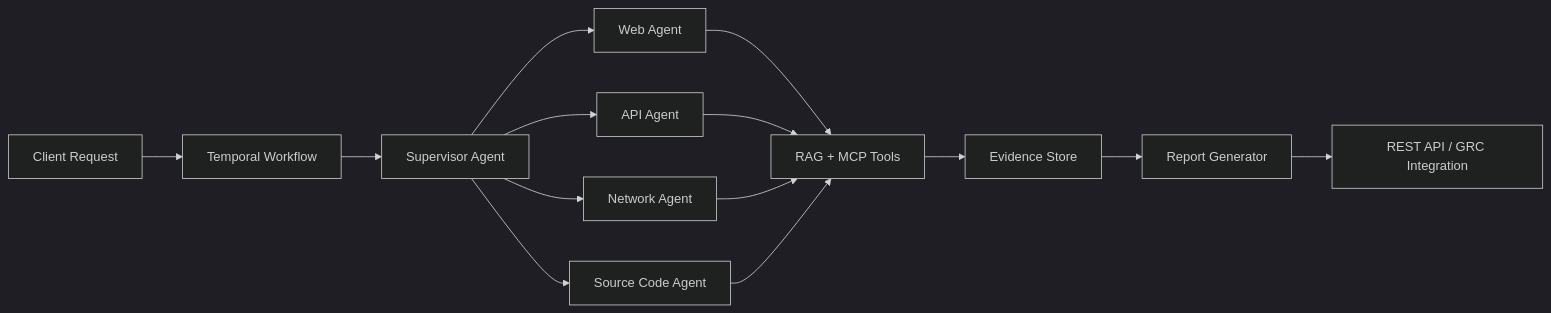
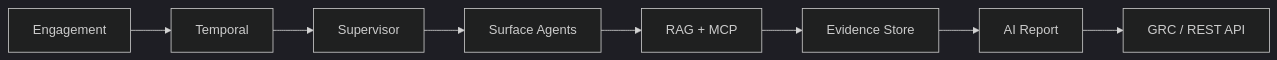
One commit to manja7304/manja7304 changed the diagram in README.md. Above: the diagram before and after it, drawn with Mermaid (dark theme). The commit also changed other lines of this file, not shown here.

````diff
--- a/README.md
+++ b/README.md
@@ -74,13 +104,10 @@
 ```mermaid
 flowchart LR
-    A[Client Request] --> B[Temporal Workflow]
-    B --> C[Supervisor Agent]
-    C --> D1[Web Agent]
-    C --> D2[API Agent]
-    C --> D3[Network Agent]
-    C --> D4[Source Code Agent]
-    D1 & D2 & D3 & D4 --> E[RAG + MCP Tools]
+    A[Engagement] --> B[Temporal]
+    B --> C[Supervisor]
+    C --> D[Surface Agents]
+    D --> E[RAG + MCP]
     E --> F[Evidence Store]
-    F --> G[Report Generator]
-    G --> H[REST API / GRC Integration]
+    F --> G[AI Report]
+    G --> H[GRC / REST API]
 ```
````
